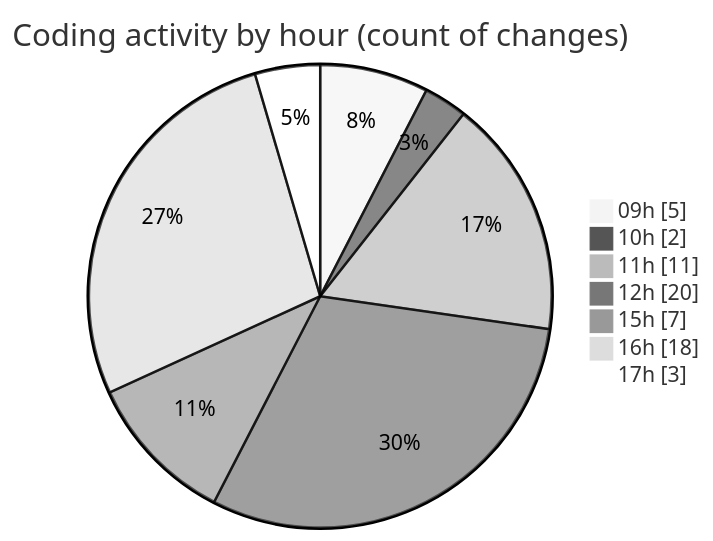
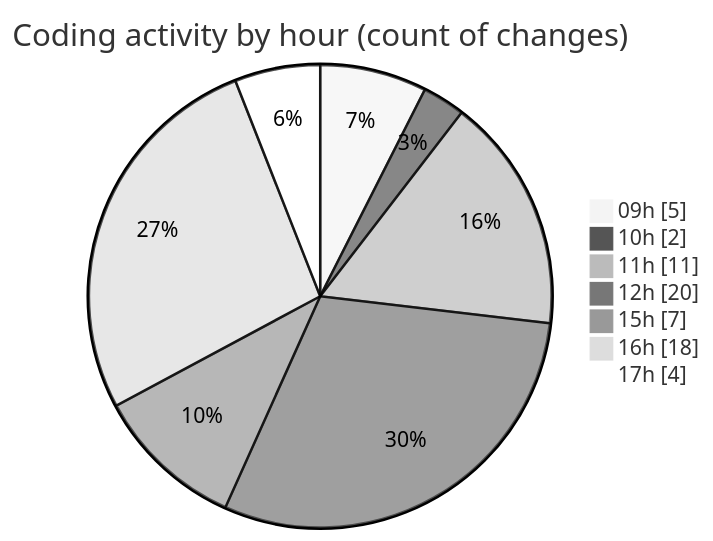
Before and after one commit to momahboobian/code-tracking: the second of 2 diagrams in 2026-03-11/cda/README.md, drawn with Mermaid (neutral theme). The commit also changed other lines of this file and 1 other file, not shown here.

````diff
--- a/2026-03-11/cda/README.md
+++ b/2026-03-11/cda/README.md
@@ -49,11 +50,11 @@
 ```mermaid
 pie showData
 title Coding activity by hour (count of changes)
 "09h" : 5
 "10h" : 2
 "11h" : 11
 "12h" : 20
 "15h" : 7
 "16h" : 18
-"17h" : 3
+"17h" : 4
 ```
````
